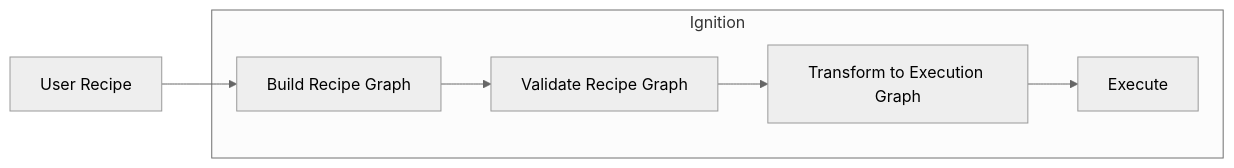
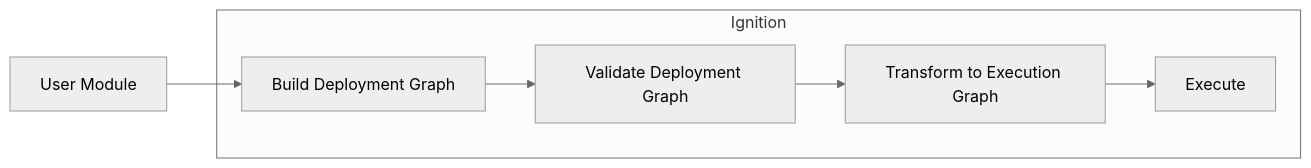
Before and after one commit to mawulisokpor/hardhat-website: the first of 5 diagrams in design.md, drawn with Mermaid (neutral theme). The commit also changed other lines of this file and 1 other file, not shown here.

Commit message:
refactor: cleanup usages of recipe

````diff
--- a/design.md
+++ b/design.md
@@ -7,14 +7,14 @@
 ```mermaid
 flowchart LR
-  0[User Recipe]
+  0[User Module]
   subgraph Ignition
-    1[Build Recipe Graph]
-    2[Validate Recipe Graph]
+    1[Build Deployment Graph]
+    2[Validate Deployment Graph]
     3[Transform to Execution Graph]
     4[Execute]
   end
   0 --> 1
   1 --> 2
   2 --> 3
   3 --> 4
 ```
````
